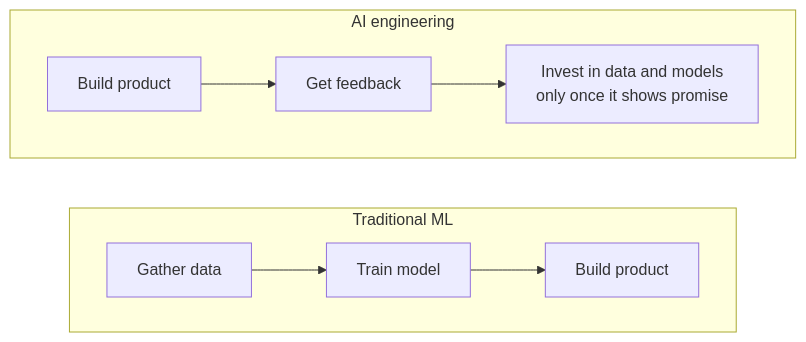
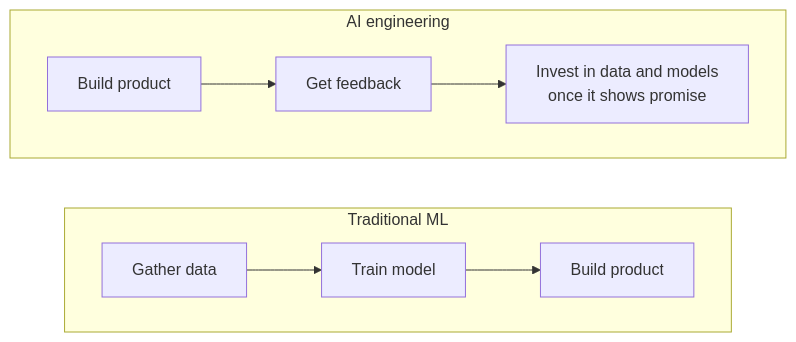
Before and after one commit to utkarshinobi/mind: the eighth of 8 diagrams in book/chapter-01.md, drawn with Mermaid. The commit also changed other lines of this file, not shown here.

````diff
--- a/book/chapter-01.md
+++ b/book/chapter-01.md
@@ -657,11 +494,11 @@
 ```mermaid
 flowchart LR
     subgraph old["Traditional ML"]
         direction LR
         O1["Gather data"] --> O2["Train model"] --> O3["Build product"]
     end
     subgraph new["AI engineering"]
         direction LR
-        N1["Build product"] --> N2["Get feedback"] --> N3["Invest in data and models<br/>only once it shows promise"]
+        N1["Build product"] --> N2["Get feedback"] --> N3["Invest in data and models<br/>once it shows promise"]
     end
 ```
````
